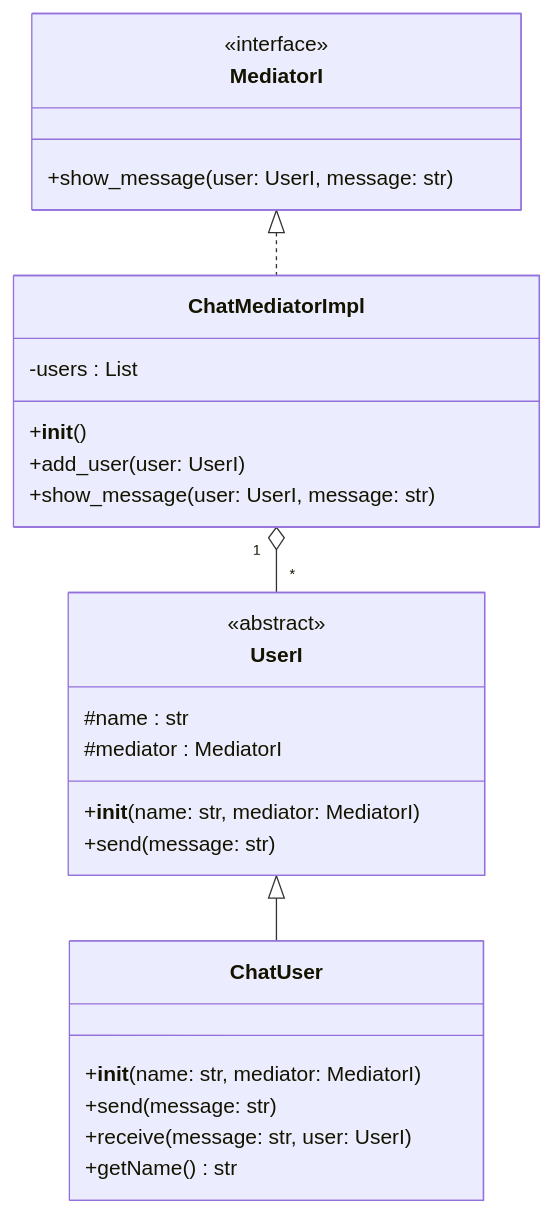
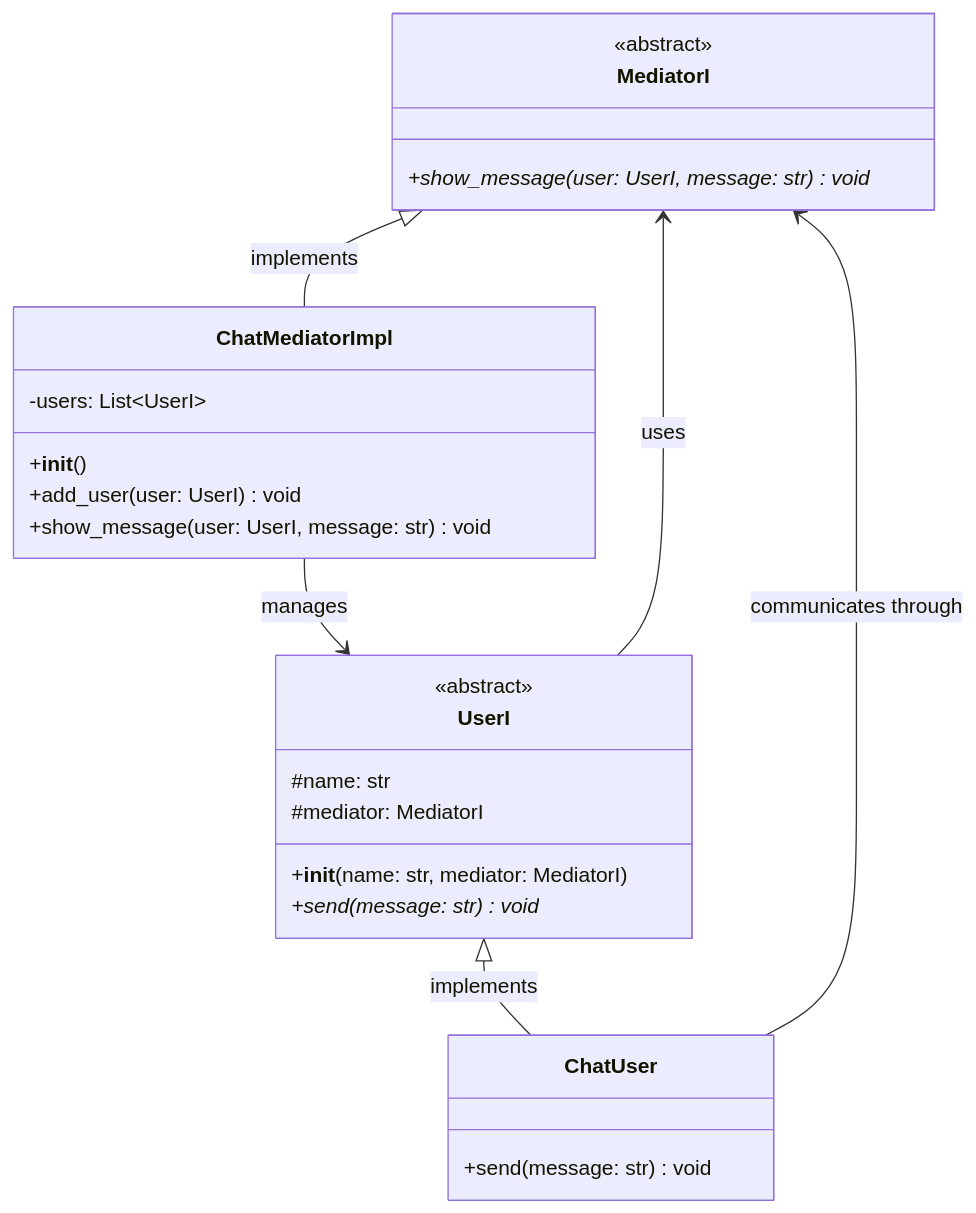
One commit to 285JuanDM/patrones-taller changed the third of 3 diagrams in README.md. Above: the diagram before and after it, drawn with Mermaid. The commit also changed other lines of this file, not shown here.

Commit message:
Update descriptions, improve class diagram, and enhance clarity of interactions.

````diff
--- a/README.md
+++ b/README.md
@@ -185,34 +186,33 @@
 ```mermaid
 classDiagram
     class MediatorI {
-        <<interface>>
-        +show_message(user: UserI, message: str)
+        <<abstract>>
+        +show_message(user: UserI, message: str)* void
     }
-
+    
+    class ChatMediatorImpl {
+        -users: List~UserI~
+        +__init__()
+        +add_user(user: UserI) void
+        +show_message(user: UserI, message: str) void
+    }
+    
     class UserI {
         <<abstract>>
-        #name : str
-        #mediator : MediatorI
+        #name: str
+        #mediator: MediatorI
         +__init__(name: str, mediator: MediatorI)
-        +send(message: str)
+        +send(message: str)* void
     }
-
+    
     class ChatUser {
-        +__init__(name: str, mediator: MediatorI)
-        +send(message: str)
-        +receive(message: str, user: UserI)
-        +getName() str
+        +send(message: str) void
     }
-
-    class ChatMediatorImpl {
-        -users : List<UserI>
-        +__init__()
-        +add_user(user: UserI)
-        +show_message(user: UserI, message: str)
-    }
-
+    
     %% Relaciones
-    UserI <|-- ChatUser
-    MediatorI <|.. ChatMediatorImpl
-    ChatMediatorImpl "1" o-- "*" UserI
+    MediatorI <|-- ChatMediatorImpl : implements
+    UserI <|-- ChatUser : implements
+    ChatMediatorImpl --> UserI : manages
+    UserI --> MediatorI : uses
+    ChatUser --> MediatorI : communicates through
 ```
````
